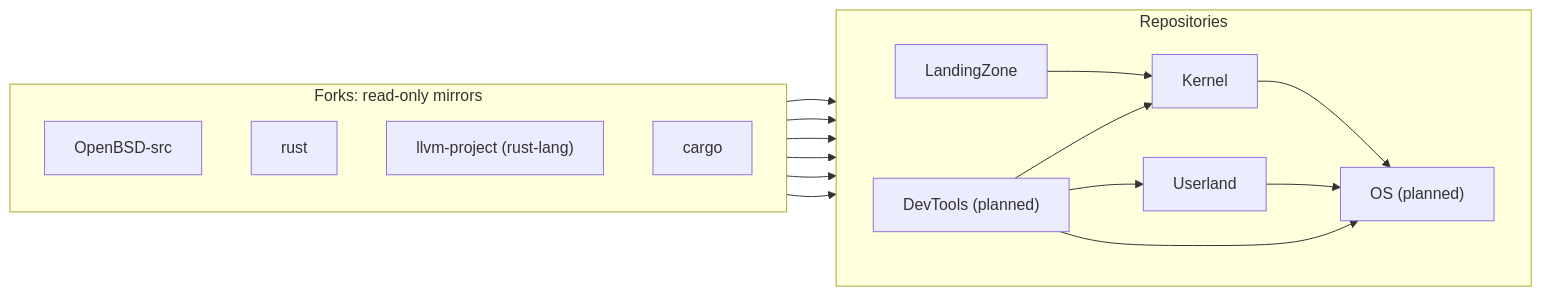
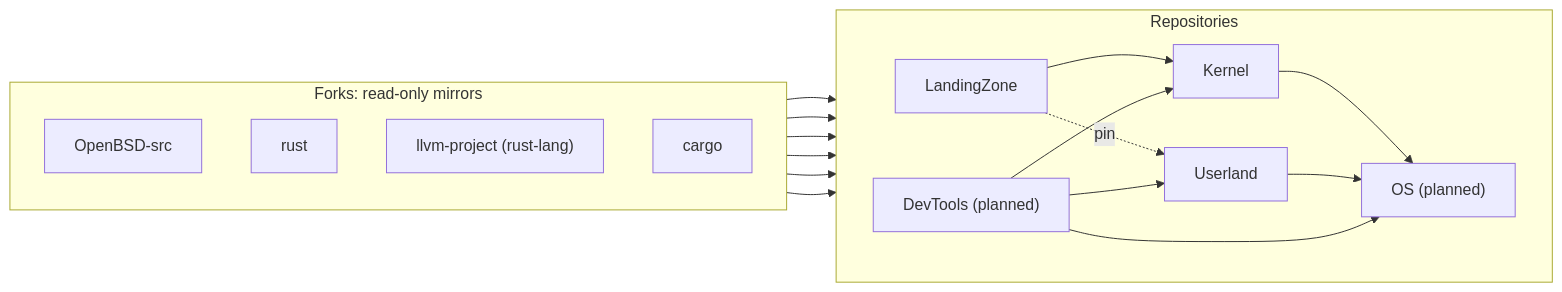
Before and after one commit to EmiBSD/Governance: the diagram in README.md, drawn with Mermaid. The commit also changed 5 other files, not shown here.

````diff
--- a/README.md
+++ b/README.md
@@ -18,30 +18,31 @@
 ```mermaid
 flowchart LR
     subgraph forks["Forks: read-only mirrors"]
         direction TB
         obsd["OpenBSD-src"]
         rust["rust"]
         llvmrs["llvm-project (rust-lang)"]
         cargo["cargo"]
     end
     subgraph repos["Repositories"]
         direction LR
         dev["DevTools (planned)"]
         lz["LandingZone"]
         ul["Userland"]
         k["Kernel"]
         os["OS (planned)"]
     end
     obsd --> dev
     rust --> dev
     llvmrs --> dev
     cargo --> dev
     obsd --> lz
     obsd --> ul
     lz --> k
+    lz -. pin .-> ul
     dev --> ul
     dev --> k
     k --> os
     ul --> os
     dev --> os
 ```
````
